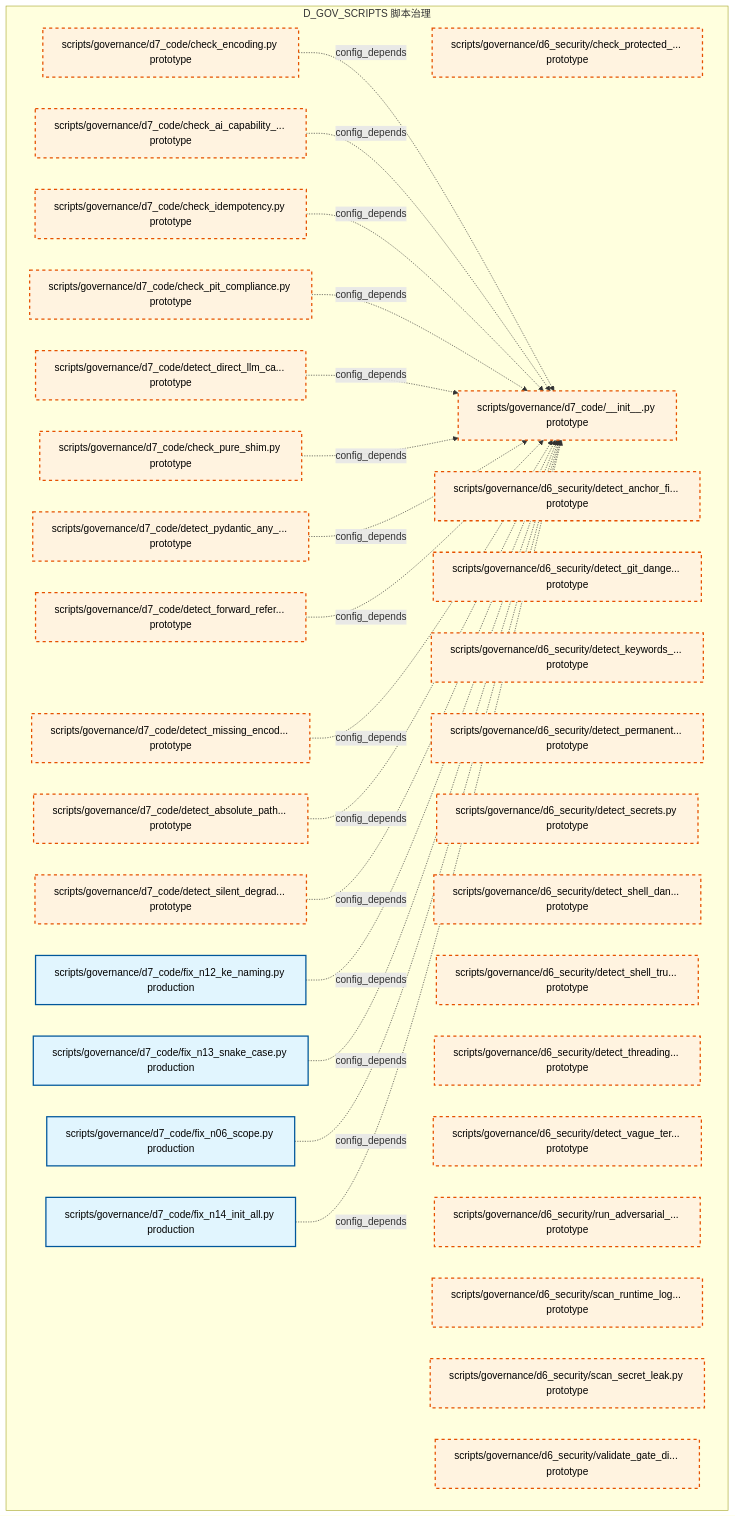
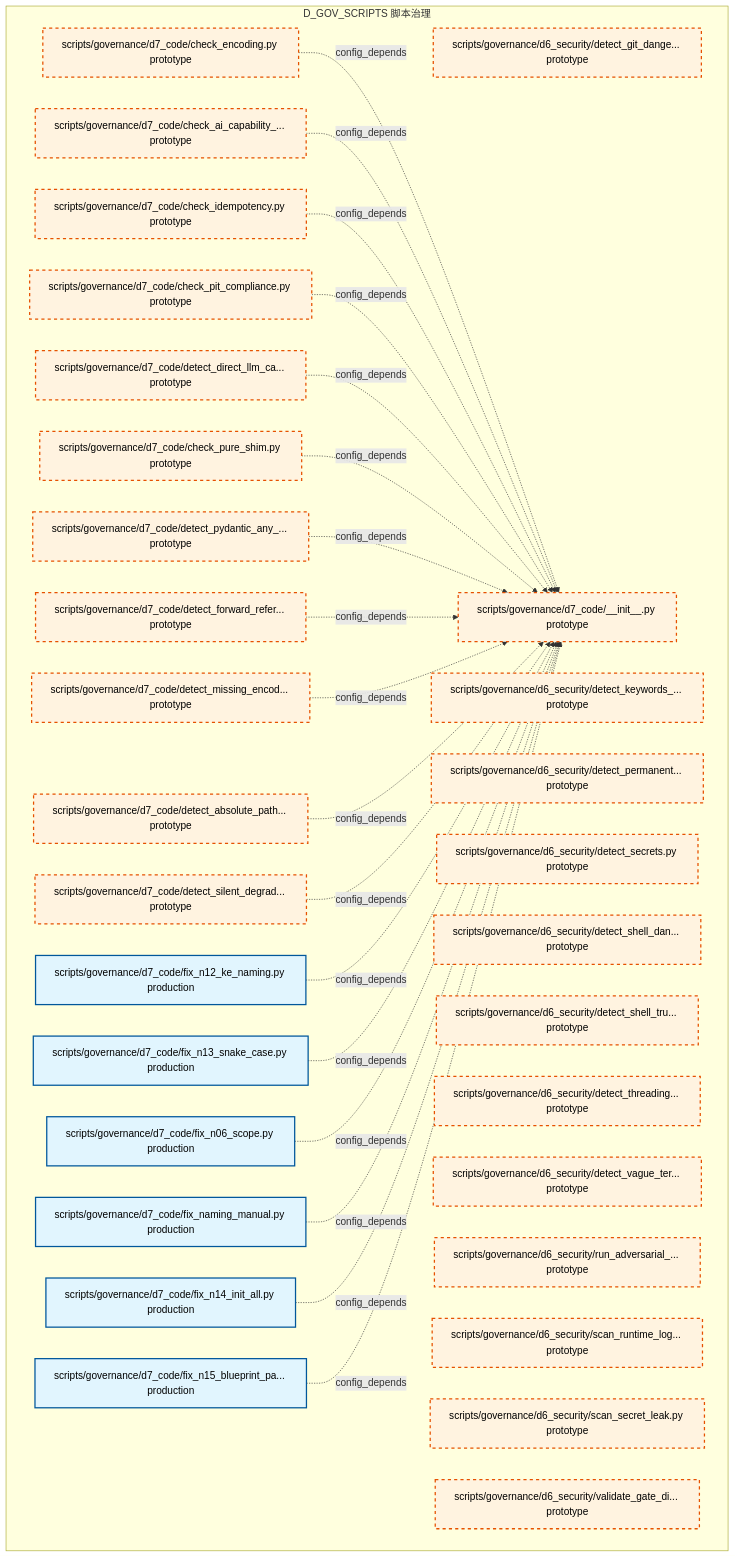
One commit to xuanFelixVan/ZephyrAlpha changed the ninth of 13 diagrams in docs/02_enterprise_architecture/02_domain_architecture_docs/39_d_gov_scripts.md. Above: the diagram before and after it, drawn with Mermaid. The commit also changed other lines of this file and 105 other files, not shown here.

````diff
--- a/docs/02_enterprise_architecture/02_domain_architecture_docs/39_d_gov_scripts.md
+++ b/docs/02_enterprise_architecture/02_domain_architecture_docs/39_d_gov_scripts.md
@@ -560,56 +568,58 @@
 ```mermaid
 graph TD
     subgraph D_GOV_SCRIPTS["D_GOV_SCRIPTS 脚本治理"]
-        scripts_governance_d6_security_check_protected_paths_py["scripts/governance/d6_security/check_protected_... prototype"]
-        scripts_governance_d6_security_detect_anchor_file_deletion_py["scripts/governance/d6_security/detect_anchor_fi... prototype"]
         scripts_governance_d6_security_detect_git_dangerous_py["scripts/governance/d6_security/detect_git_dange... prototype"]
         scripts_governance_d6_security_detect_keywords_in_logs_py["scripts/governance/d6_security/detect_keywords_... prototype"]
         scripts_governance_d6_security_detect_permanent_file_deletion_py["scripts/governance/d6_security/detect_permanent... prototype"]
         scripts_governance_d6_security_detect_secrets_py["scripts/governance/d6_security/detect_secrets.py prototype"]
         scripts_governance_d6_security_detect_shell_dangerous_py["scripts/governance/d6_security/detect_shell_dan... prototype"]
         scripts_governance_d6_security_detect_shell_true_py["scripts/governance/d6_security/detect_shell_tru... prototype"]
         scripts_governance_d6_security_detect_threading_lock_py["scripts/governance/d6_security/detect_threading... prototype"]
         scripts_governance_d6_security_detect_vague_terms_py["scripts/governance/d6_security/detect_vague_ter... prototype"]
         scripts_governance_d6_security_run_adversarial_checks_py["scripts/governance/d6_security/run_adversarial_... prototype"]
         scripts_governance_d6_security_scan_runtime_log_secrets_py["scripts/governance/d6_security/scan_runtime_log... prototype"]
         scripts_governance_d6_security_scan_secret_leak_py["scripts/governance/d6_security/scan_secret_leak.py prototype"]
         scripts_governance_d6_security_validate_gate_discipline_py["scripts/governance/d6_security/validate_gate_di... prototype"]
         scripts_governance_d7_code_init_py["scripts/governance/d7_code/__init__.py prototype"]
         scripts_governance_d7_code_check_ai_capability_boundary_py["scripts/governance/d7_code/check_ai_capability_... prototype"]
         scripts_governance_d7_code_check_encoding_py["scripts/governance/d7_code/check_encoding.py prototype"]
         scripts_governance_d7_code_check_idempotency_py["scripts/governance/d7_code/check_idempotency.py prototype"]
         scripts_governance_d7_code_check_pit_compliance_py["scripts/governance/d7_code/check_pit_compliance.py prototype"]
         scripts_governance_d7_code_check_pure_shim_py["scripts/governance/d7_code/check_pure_shim.py prototype"]
         scripts_governance_d7_code_detect_absolute_path_hardcoding_py["scripts/governance/d7_code/detect_absolute_path... prototype"]
         scripts_governance_d7_code_detect_direct_llm_calls_py["scripts/governance/d7_code/detect_direct_llm_ca... prototype"]
         scripts_governance_d7_code_detect_forward_reference_py["scripts/governance/d7_code/detect_forward_refer... prototype"]
         scripts_governance_d7_code_detect_missing_encoding_py["scripts/governance/d7_code/detect_missing_encod... prototype"]
         scripts_governance_d7_code_detect_pydantic_any_fields_py["scripts/governance/d7_code/detect_pydantic_any_... prototype"]
         scripts_governance_d7_code_detect_silent_degradation_py["scripts/governance/d7_code/detect_silent_degrad... prototype"]
         scripts_governance_d7_code_fix_n06_scope_py["scripts/governance/d7_code/fix_n06_scope.py production"]
         scripts_governance_d7_code_fix_n12_ke_naming_py["scripts/governance/d7_code/fix_n12_ke_naming.py production"]
         scripts_governance_d7_code_fix_n13_snake_case_py["scripts/governance/d7_code/fix_n13_snake_case.py production"]
         scripts_governance_d7_code_fix_n14_init_all_py["scripts/governance/d7_code/fix_n14_init_all.py production"]
+        scripts_governance_d7_code_fix_n15_blueprint_path_py["scripts/governance/d7_code/fix_n15_blueprint_pa... production"]
+        scripts_governance_d7_code_fix_naming_manual_py["scripts/governance/d7_code/fix_naming_manual.py production"]
     end
     scripts_governance_d7_code_check_encoding_py -.->|config_depends| scripts_governance_d7_code_init_py
     scripts_governance_d7_code_check_ai_capability_boundary_py -.->|config_depends| scripts_governance_d7_code_init_py
     scripts_governance_d7_code_check_idempotency_py -.->|config_depends| scripts_governance_d7_code_init_py
     scripts_governance_d7_code_check_pit_compliance_py -.->|config_depends| scripts_governance_d7_code_init_py
     scripts_governance_d7_code_detect_direct_llm_calls_py -.->|config_depends| scripts_governance_d7_code_init_py
     scripts_governance_d7_code_check_pure_shim_py -.->|config_depends| scripts_governance_d7_code_init_py
     scripts_governance_d7_code_detect_pydantic_any_fields_py -.->|config_depends| scripts_governance_d7_code_init_py
     scripts_governance_d7_code_detect_forward_reference_py -.->|config_depends| scripts_governance_d7_code_init_py
     scripts_governance_d7_code_detect_missing_encoding_py -.->|config_depends| scripts_governance_d7_code_init_py
     scripts_governance_d7_code_detect_absolute_path_hardcoding_py -.->|config_depends| scripts_governance_d7_code_init_py
     scripts_governance_d7_code_detect_silent_degradation_py -.->|config_depends| scripts_governance_d7_code_init_py
     scripts_governance_d7_code_fix_n12_ke_naming_py -.->|config_depends| scripts_governance_d7_code_init_py
     scripts_governance_d7_code_fix_n13_snake_case_py -.->|config_depends| scripts_governance_d7_code_init_py
     scripts_governance_d7_code_fix_n06_scope_py -.->|config_depends| scripts_governance_d7_code_init_py
+    scripts_governance_d7_code_fix_naming_manual_py -.->|config_depends| scripts_governance_d7_code_init_py
     scripts_governance_d7_code_fix_n14_init_all_py -.->|config_depends| scripts_governance_d7_code_init_py
+    scripts_governance_d7_code_fix_n15_blueprint_path_py -.->|config_depends| scripts_governance_d7_code_init_py
     classDef production fill:#e1f5fe,stroke:#01579b,stroke-width:2px,color:#000
     classDef design fill:#fff3e0,stroke:#e65100,stroke-width:2px,color:#000,stroke-dasharray: 5 5
     classDef external_prod fill:#e8f5e9,stroke:#1b5e20,stroke-width:1px,color:#000
     classDef external_design fill:#fce4ec,stroke:#880e4f,stroke-width:1px,color:#000,stroke-dasharray: 5 5
-    class scripts_governance_d7_code_fix_n06_scope_py,scripts_governance_d7_code_fix_n12_ke_naming_py,scripts_governance_d7_code_fix_n13_snake_case_py,scripts_governance_d7_code_fix_n14_init_all_py production
-    class scripts_governance_d6_security_check_protected_paths_py,scripts_governance_d6_security_detect_anchor_file_deletion_py,scripts_governance_d6_security_detect_git_dangerous_py,scripts_governance_d6_security_detect_keywords_in_logs_py,scripts_governance_d6_security_detect_permanent_file_deletion_py,scripts_governance_d6_security_detect_secrets_py,scripts_governance_d6_security_detect_shell_dangerous_py,scripts_governance_d6_security_detect_shell_true_py,scripts_governance_d6_security_detect_threading_lock_py,scripts_governance_d6_security_detect_vague_terms_py,scripts_governance_d6_security_run_adversarial_checks_py,scripts_governance_d6_security_scan_runtime_log_secrets_py,scripts_governance_d6_security_scan_secret_leak_py,scripts_governance_d6_security_validate_gate_discipline_py,scripts_governance_d7_code_init_py,scripts_governance_d7_code_check_ai_capability_boundary_py,scripts_governance_d7_code_check_encoding_py,scripts_governance_d7_code_check_idempotency_py,scripts_governance_d7_code_check_pit_compliance_py,scripts_governance_d7_code_check_pure_shim_py,scripts_governance_d7_code_detect_absolute_path_hardcoding_py,scripts_governance_d7_code_detect_direct_llm_calls_py,scripts_governance_d7_code_detect_forward_reference_py,scripts_governance_d7_code_detect_missing_encoding_py,scripts_governance_d7_code_detect_pydantic_any_fields_py,scripts_governance_d7_code_detect_silent_degradation_py design
+    class scripts_governance_d7_code_fix_n06_scope_py,scripts_governance_d7_code_fix_n12_ke_naming_py,scripts_governance_d7_code_fix_n13_snake_case_py,scripts_governance_d7_code_fix_n14_init_all_py,scripts_governance_d7_code_fix_n15_blueprint_path_py,scripts_governance_d7_code_fix_naming_manual_py production
+    class scripts_governance_d6_security_detect_git_dangerous_py,scripts_governance_d6_security_detect_keywords_in_logs_py,scripts_governance_d6_security_detect_permanent_file_deletion_py,scripts_governance_d6_security_detect_secrets_py,scripts_governance_d6_security_detect_shell_dangerous_py,scripts_governance_d6_security_detect_shell_true_py,scripts_governance_d6_security_detect_threading_lock_py,scripts_governance_d6_security_detect_vague_terms_py,scripts_governance_d6_security_run_adversarial_checks_py,scripts_governance_d6_security_scan_runtime_log_secrets_py,scripts_governance_d6_security_scan_secret_leak_py,scripts_governance_d6_security_validate_gate_discipline_py,scripts_governance_d7_code_init_py,scripts_governance_d7_code_check_ai_capability_boundary_py,scripts_governance_d7_code_check_encoding_py,scripts_governance_d7_code_check_idempotency_py,scripts_governance_d7_code_check_pit_compliance_py,scripts_governance_d7_code_check_pure_shim_py,scripts_governance_d7_code_detect_absolute_path_hardcoding_py,scripts_governance_d7_code_detect_direct_llm_calls_py,scripts_governance_d7_code_detect_forward_reference_py,scripts_governance_d7_code_detect_missing_encoding_py,scripts_governance_d7_code_detect_pydantic_any_fields_py,scripts_governance_d7_code_detect_silent_degradation_py design
 ```
````
